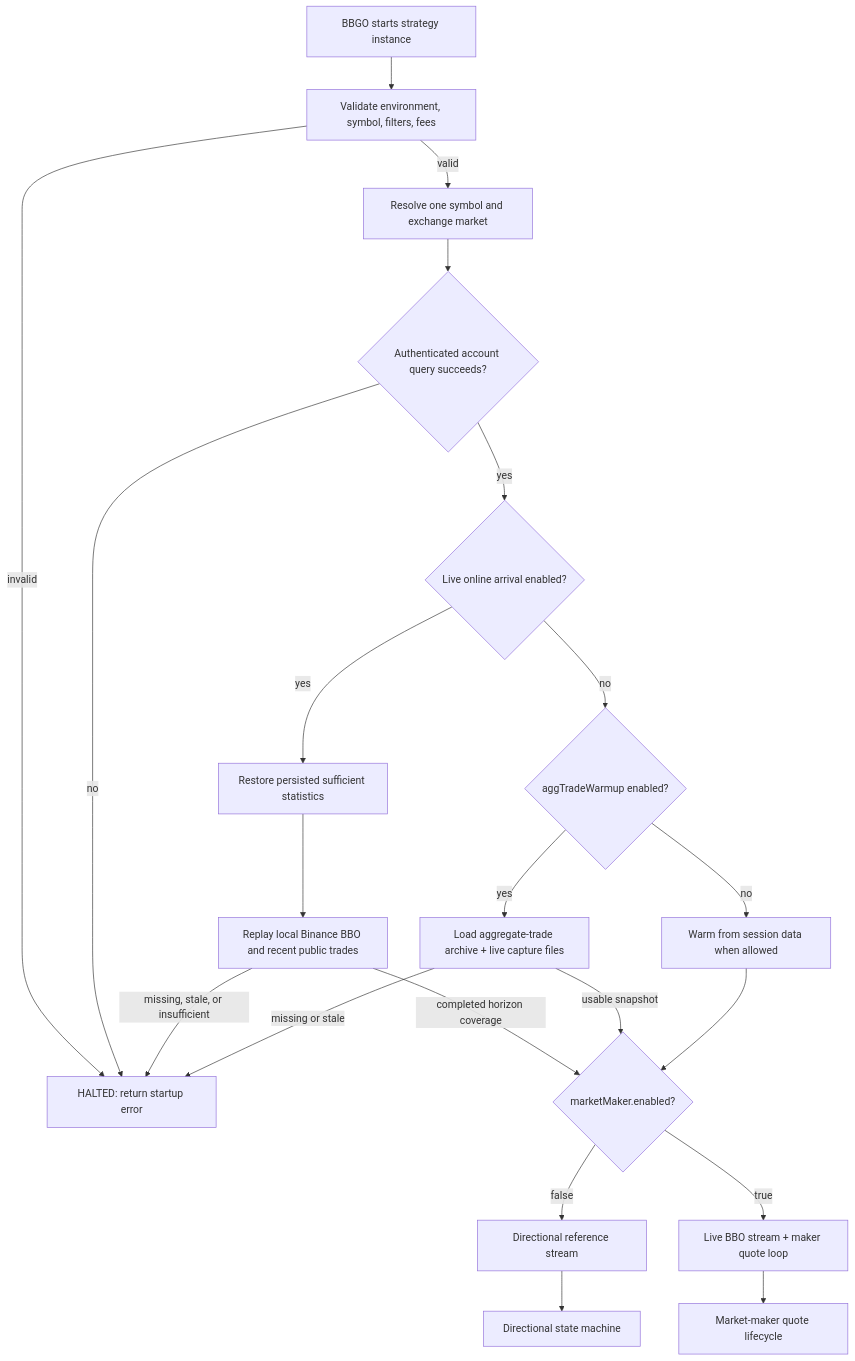
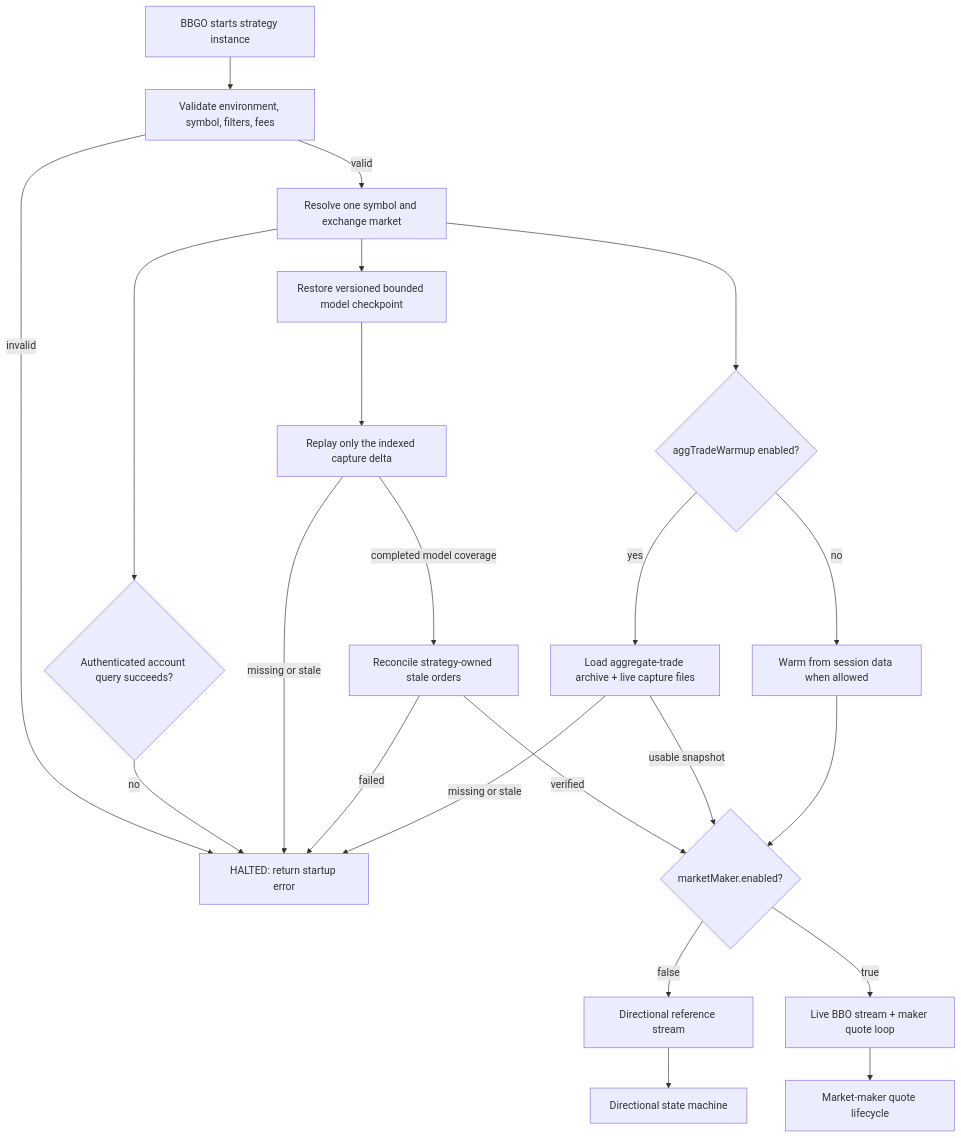
The first of 4 diagrams in docs/gammacapture.md (zenixls2/bbgo), drawn with Mermaid before and after one commit. The commit also changed other lines of this file and 105 other files, not shown here.

````diff
--- a/docs/gammacapture.md
+++ b/docs/gammacapture.md
@@ -46,23 +46,24 @@
 ```mermaid
 flowchart TD
   A[BBGO starts strategy instance] --> B[Validate environment, symbol, filters, fees]
   B -->|invalid| H[HALTED: return startup error]
   B -->|valid| C[Resolve one symbol and exchange market]
   C --> D{Authenticated account query succeeds?}
   D -->|no| H
-  D -->|yes| E{Live online arrival enabled?}
-  E -->|yes| F[Restore persisted sufficient statistics]
-  F --> P[Replay local Binance BBO and recent public trades]
-  P -->|missing, stale, or insufficient| H
-  P -->|completed horizon coverage| I{marketMaker.enabled?}
-  E -->|no| G{aggTradeWarmup enabled?}
+  C --> F[Restore versioned bounded model checkpoint]
+  F --> P[Replay only the indexed capture delta]
+  P -->|missing or stale| H
+  P -->|completed model coverage| R[Reconcile strategy-owned stale orders]
+  R -->|verified| I{marketMaker.enabled?}
+  R -->|failed| H
+  C --> G{aggTradeWarmup enabled?}
   G -->|yes| W[Load aggregate-trade archive + live capture files]
   G -->|no| X[Warm from session data when allowed]
   W -->|missing or stale| H
   W -->|usable snapshot| I
   X --> I
   I -->|false| J[Directional reference stream]
   I -->|true| K[Live BBO stream + maker quote loop]
   J --> L[Directional state machine]
   K --> M[Market-maker quote lifecycle]
 ```
````
